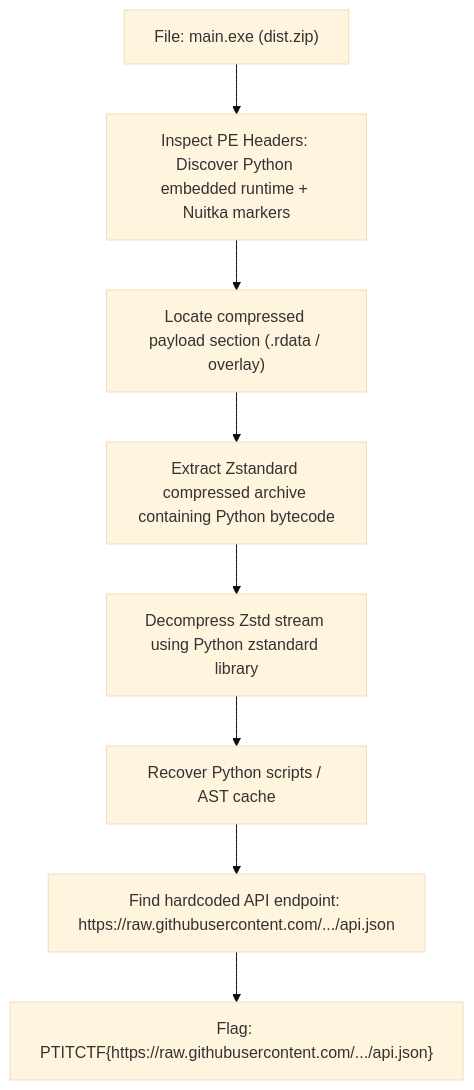
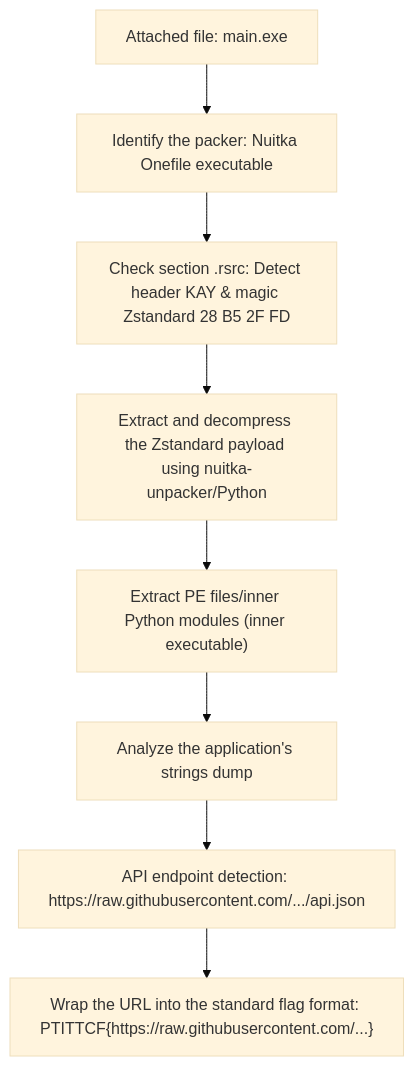
The second of 2 diagrams in _posts/2026-08-22-mmo.md (Lizamort1/ctf-writeups), drawn with Mermaid (base theme) before and after one commit. The commit also changed other lines of this file and 42 other files, not shown here.

Commit message:
fix: synchronize bilingual writeups and redraw diagrams

````diff
--- a/_posts/2026-08-22-mmo.md
+++ b/_posts/2026-08-22-mmo.md
@@ -109,10 +110,10 @@
 ```mermaid
 flowchart TD
-    A["File: main.exe (dist.zip)"] --> B["Inspect PE Headers: Discover Python embedded runtime + Nuitka markers"]
-    B --> C["Locate compressed payload section (.rdata / overlay)"]
-    C --> D["Extract Zstandard compressed archive containing Python bytecode"]
-    D --> E["Decompress Zstd stream using Python zstandard library"]
-    E --> F["Recover Python scripts / AST cache"]
-    F --> G["Find hardcoded API endpoint: https://raw.githubusercontent.com/.../api.json"]
-    G --> H["Flag: PTITCTF{https://raw.githubusercontent.com/.../api.json}"]
+    A["Attached file: main.exe"] --> B["Identify the packer: Nuitka Onefile executable"]
+    B --> C["Check section .rsrc: Detect header KAY & magic Zstandard 28 B5 2F FD"]
+    C --> D["Extract and decompress the Zstandard payload using nuitka-unpacker/Python"]
+    D --> E["Extract PE files/inner Python modules (inner executable)"]
+    E --> F["Analyze the application's strings dump"]
+    F --> G["API endpoint detection: https://raw.githubusercontent.com/.../api.json"]
+    G --> H["Wrap the URL into the standard flag format: PTITTCF{https://raw.githubusercontent.com/...}"]
 ```
````
